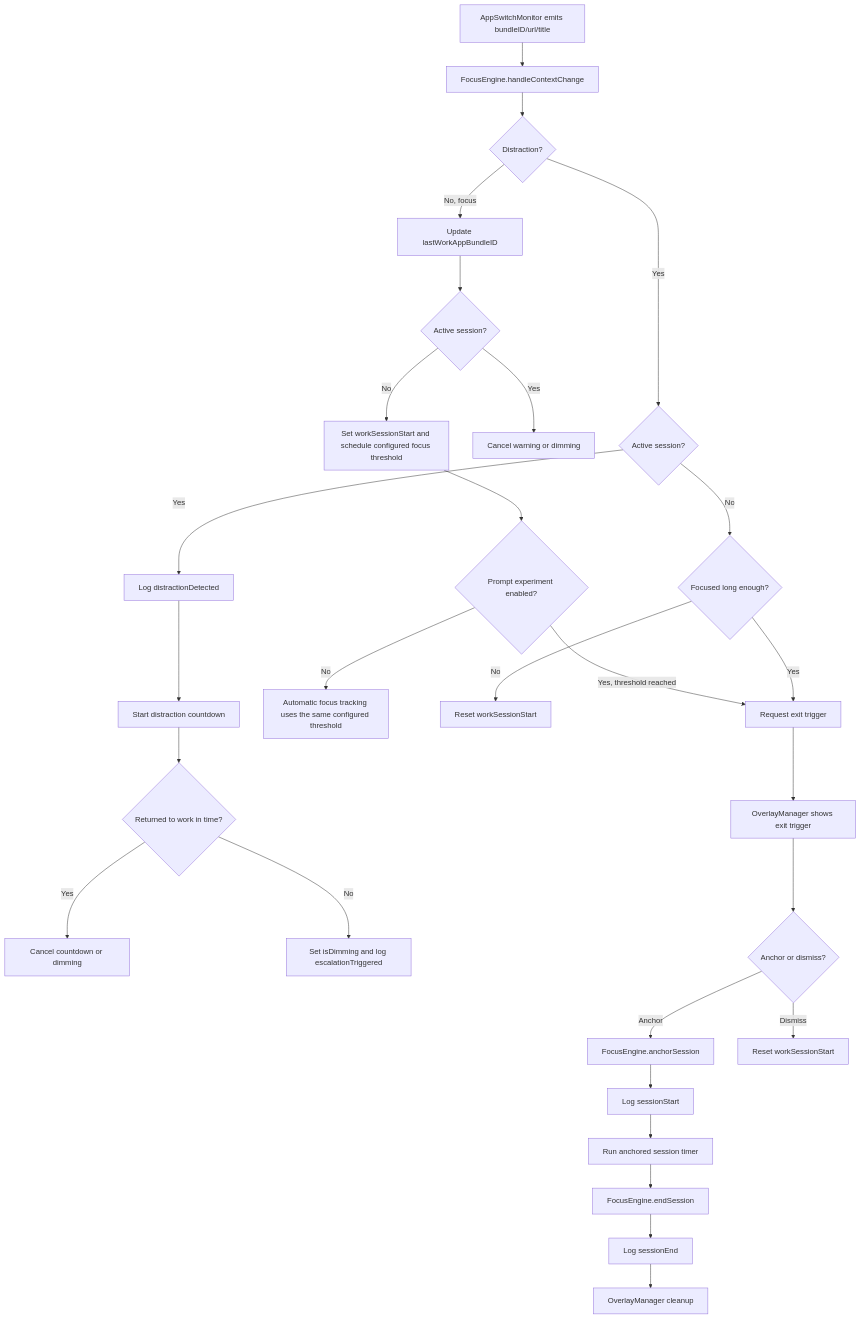
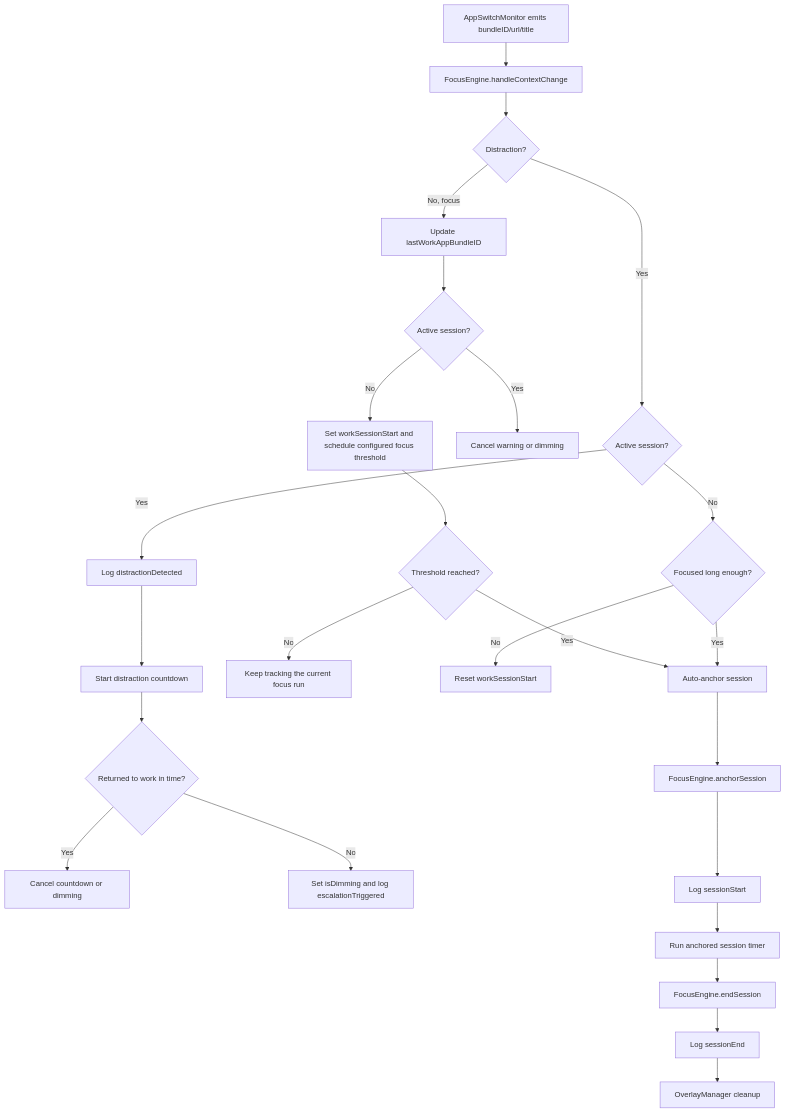
Before and after one commit to Varun-Chinthoju/Anchored: the second of 2 diagrams in docs/architecture/anchored-architecture.md, drawn with Mermaid. The commit also changed other lines of this file and 36 other files, not shown here.

````diff
--- a/docs/architecture/anchored-architecture.md
+++ b/docs/architecture/anchored-architecture.md
@@ -162,33 +164,30 @@
 ```mermaid
 flowchart TD
     A[AppSwitchMonitor emits bundleID/url/title] --> B[FocusEngine.handleContextChange]
     B --> C{Distraction?}
     C -- No, focus --> D[Update lastWorkAppBundleID]
     D --> E{Active session?}
     E -- No --> F[Set workSessionStart and schedule configured focus threshold]
     E -- Yes --> G[Cancel warning or dimming]
-    F --> Z{Prompt experiment enabled?}
-    Z -- Yes, threshold reached --> K[Request focus confirmation]
-    Z -- No --> AA[Automatic focus tracking uses the same configured threshold]
+    F --> Z{Threshold reached?}
+    Z -- Yes --> K[Auto-anchor session]
+    Z -- No --> AA[Keep tracking the current focus run]
 
     C -- Yes --> H{Active session?}
     H -- No --> I{Focused long enough?}
     I -- No --> J[Reset workSessionStart]
-    I -- Yes --> K[Request exit trigger]
+    I -- Yes --> K[Auto-anchor session]
     H -- Yes --> L[Log distractionDetected]
     L --> M[Start distraction countdown]
     M --> N{Returned to work in time?}
     N -- Yes --> O[Cancel countdown or dimming]
     N -- No --> P[Set isDimming and log escalationTriggered]
 
-    K --> Q[OverlayManager shows exit trigger]
-    Q --> R{Anchor or dismiss?}
-    R -- Anchor --> S[FocusEngine.anchorSession]
-    R -- Dismiss --> T[Reset workSessionStart]
+    K --> S[FocusEngine.anchorSession]
 
     S --> U[Log sessionStart]
     U --> V[Run anchored session timer]
     V --> W[FocusEngine.endSession]
     W --> X[Log sessionEnd]
     X --> Y[OverlayManager cleanup]
 ```
````
